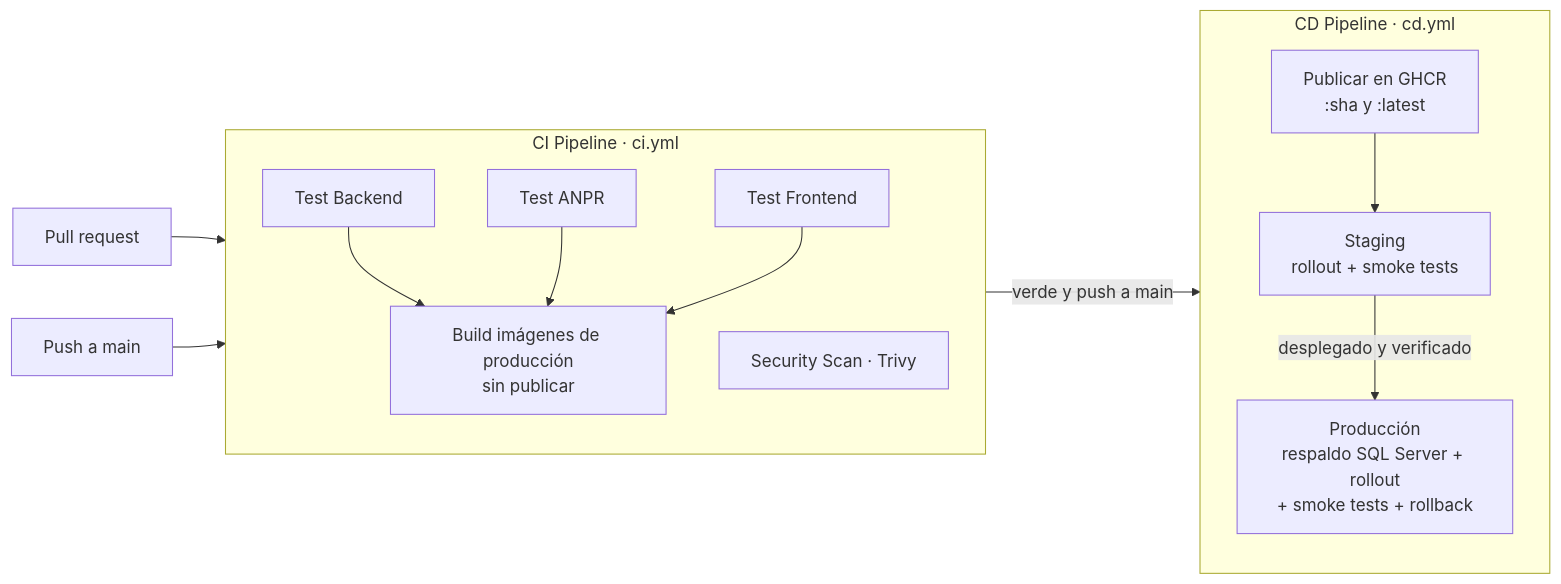
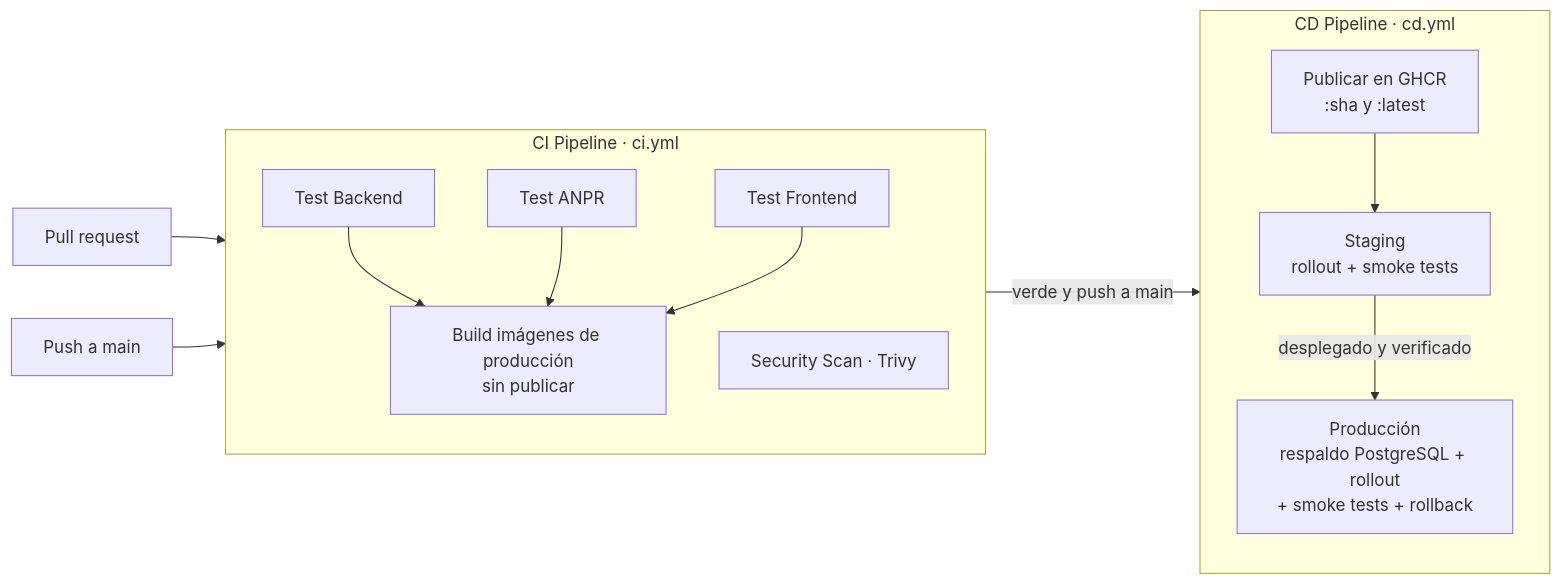
The diagram in docs/CICD.md (SebastianGuerrero27/NOVANPR), drawn with Mermaid before and after one commit. The commit also changed other lines of this file and 16098 other files, not shown here.

Commit message:
fix: complete PostgreSQL migration and ANPR workflows

````diff
--- a/docs/CICD.md
+++ b/docs/CICD.md
@@ -6,14 +6,14 @@
 ```mermaid
 flowchart LR
   PR[Pull request] --> CI
   P[Push a main] --> CI
   subgraph CI[CI Pipeline · ci.yml]
     T1[Test Backend] & T2[Test ANPR] & T3[Test Frontend] --> B[Build imágenes de producción\nsin publicar]
     S[Security Scan · Trivy]
   end
   CI -- verde y push a main --> CD
   subgraph CD[CD Pipeline · cd.yml]
     I[Publicar en GHCR\n:sha y :latest] --> ST[Staging\nrollout + smoke tests]
-    ST -- desplegado y verificado --> PRD[Producción\nrespaldo SQL Server + rollout\n+ smoke tests + rollback]
+    ST -- desplegado y verificado --> PRD[Producción\nrespaldo PostgreSQL + rollout\n+ smoke tests + rollback]
   end
 ```
````
